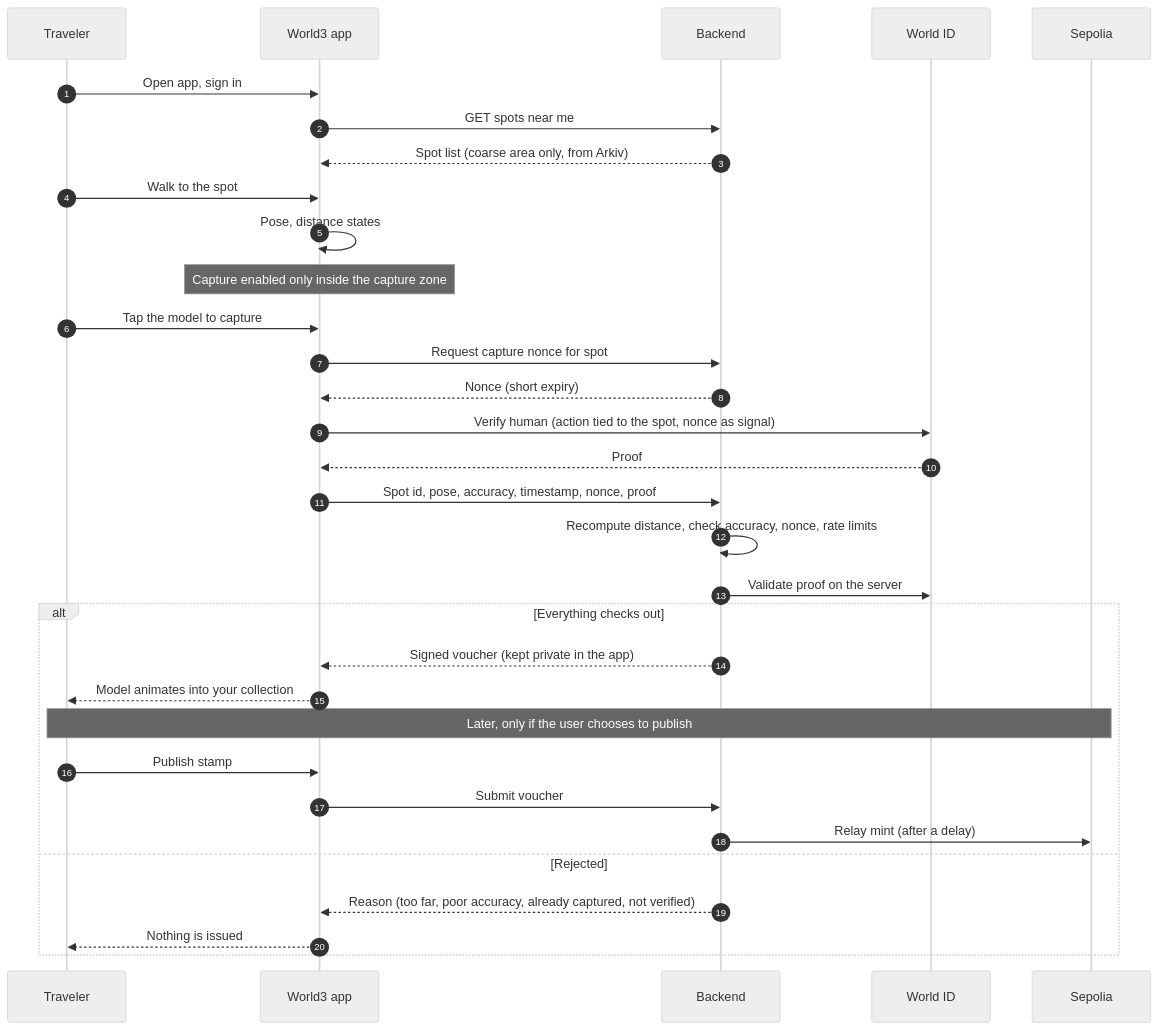
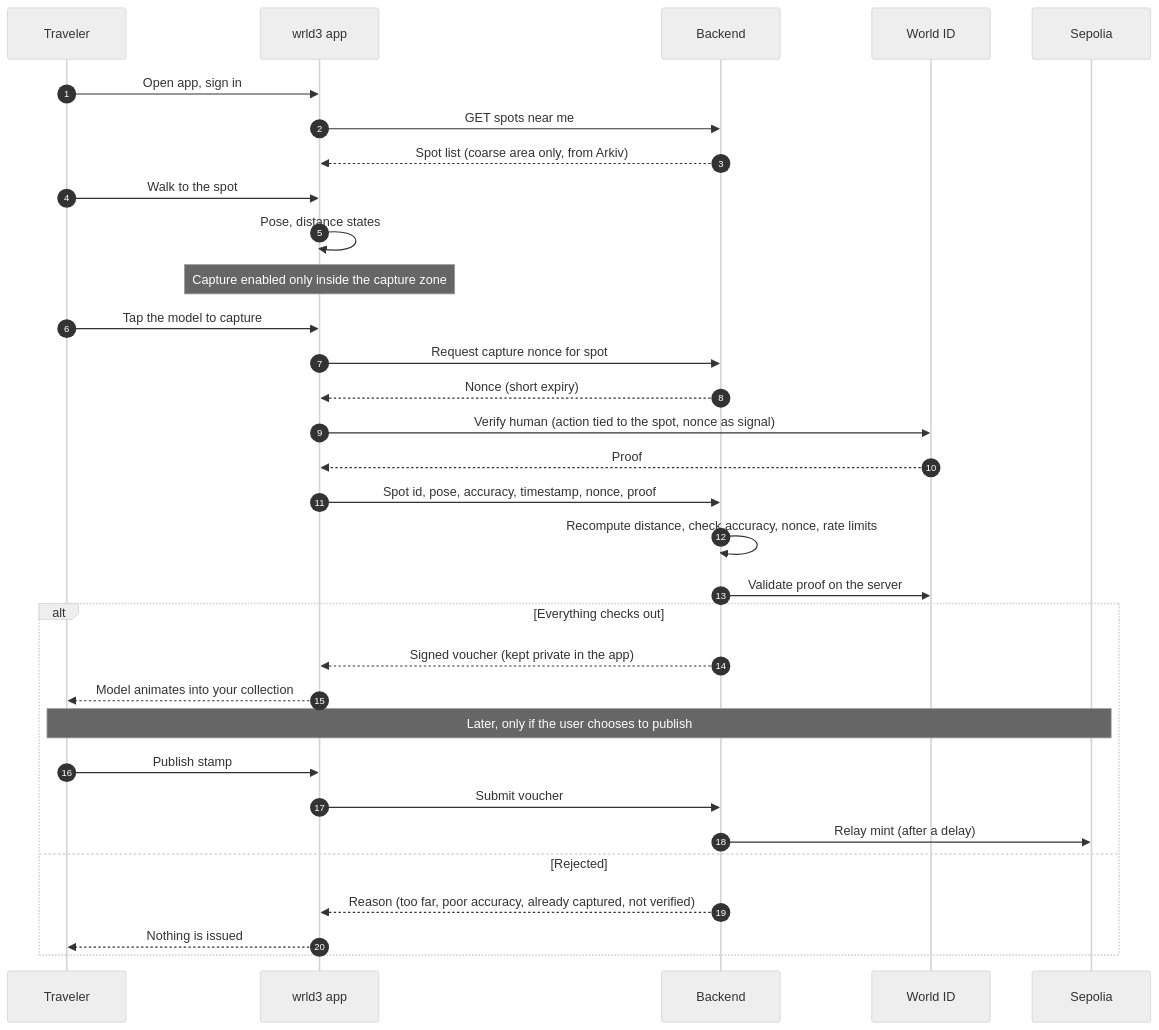
The second of 3 diagrams in README.md (anbusan19/world3), drawn with Mermaid (neutral theme) before and after one commit. The commit also changed other lines of this file and 95 other files, not shown here.

Commit message:
Rename World3 to wrld3; coin models for the sponsor anchors; Mumbai Passport poster on the Stamps page

````diff
--- a/README.md
+++ b/README.md
@@ -121,35 +121,35 @@
 ```mermaid
 sequenceDiagram
     autonumber
     participant T as Traveler
-    participant App as World3 app
+    participant App as wrld3 app
     participant API as Backend
     participant WID as World ID
     participant Chain as Sepolia
 
     T->>App: Open app, sign in
     App->>API: GET spots near me
     API-->>App: Spot list (coarse area only, from Arkiv)
     T->>App: Walk to the spot
     App->>App: Pose, distance states
     Note over App: Capture enabled only inside the capture zone
     T->>App: Tap the model to capture
     App->>API: Request capture nonce for spot
     API-->>App: Nonce (short expiry)
     App->>WID: Verify human (action tied to the spot, nonce as signal)
     WID-->>App: Proof
     App->>API: Spot id, pose, accuracy, timestamp, nonce, proof
     API->>API: Recompute distance, check accuracy, nonce, rate limits
     API->>WID: Validate proof on the server
     alt Everything checks out
         API-->>App: Signed voucher (kept private in the app)
         App-->>T: Model animates into your collection
         Note over T,Chain: Later, only if the user chooses to publish
         T->>App: Publish stamp
         App->>API: Submit voucher
         API->>Chain: Relay mint (after a delay)
     else Rejected
         API-->>App: Reason (too far, poor accuracy, already captured, not verified)
         App-->>T: Nothing is issued
     end
 ```
````
